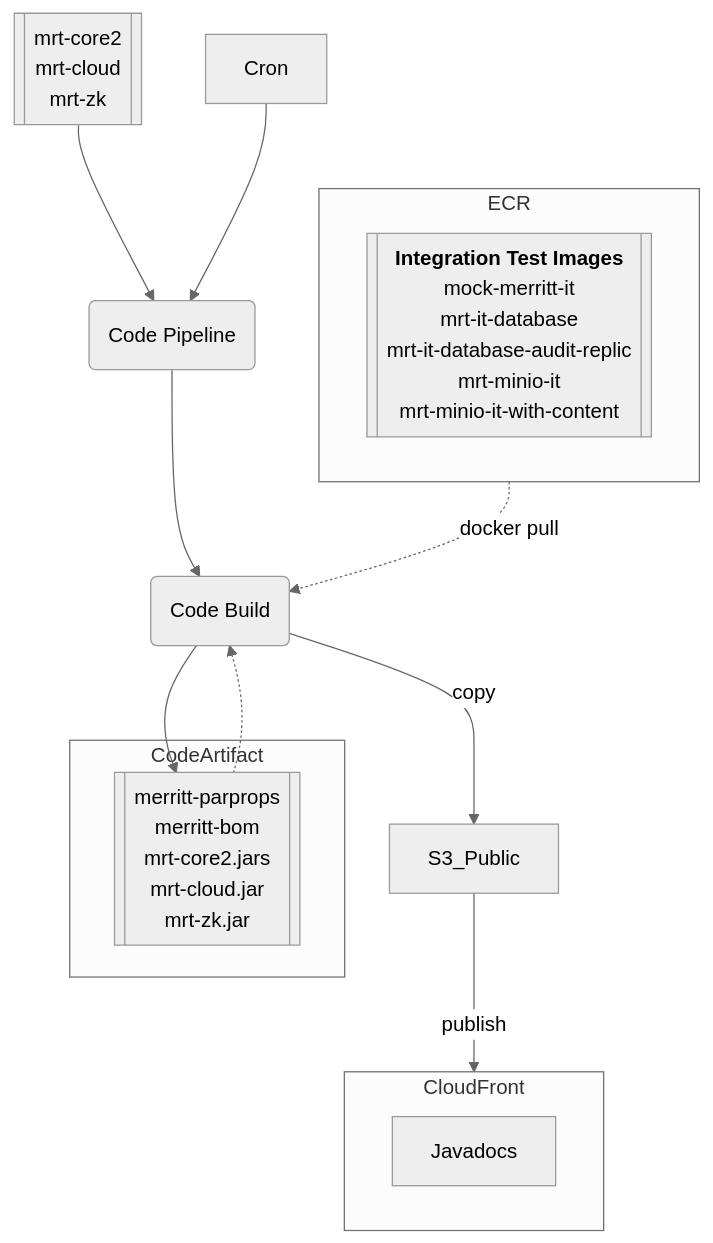
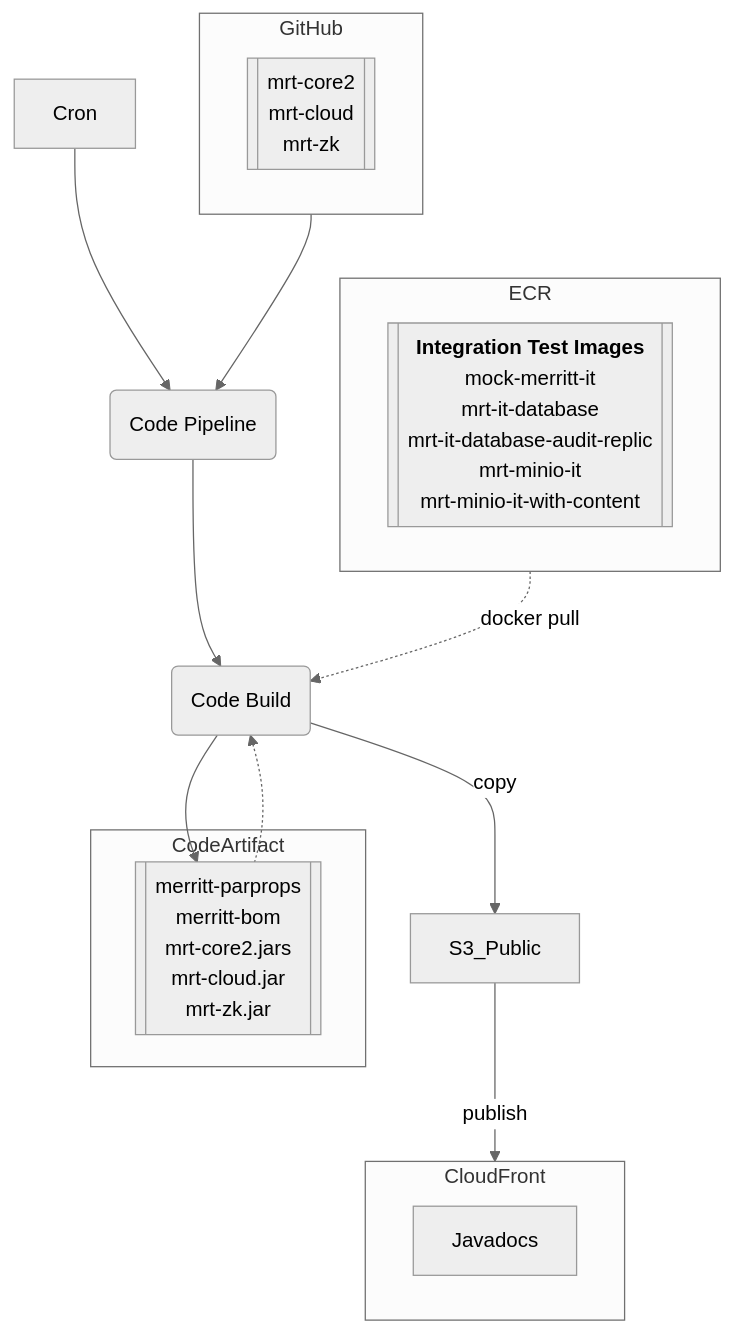
One commit to CDLUC3/mrt-doc changed the second of 11 diagrams in design/aws-build/README.md. Above: the diagram before and after it, drawn with Mermaid (neutral theme). The commit also changed other lines of this file, not shown here.

````diff
--- a/design/aws-build/README.md
+++ b/design/aws-build/README.md
@@ -62,40 +62,42 @@
 ```mermaid
 graph TD
-  GitHub[["`
-    mrt-core2
-    mrt-cloud
-    mrt-zk
-  `"]]
+  subgraph GitHub
+    Repos[["`
+      mrt-core2
+      mrt-cloud
+      mrt-zk
+    `"]]
+  end
   GitHub --> Pipeline
   Cron --> Pipeline
   Pipeline(Code Pipeline)
   Pipeline --> Build
   Build(Code Build)
   S3_Public
   Build --> JarFiles
   Build --> |copy| S3_Public
   S3_Public --> |publish| CloudFront
   subgraph ECR
     Img[["`**Integration Test Images**
       mock-merritt-it
       mrt-it-database
       mrt-it-database-audit-replic
       mrt-minio-it
       mrt-minio-it-with-content
     `"]]
   end
   ECR -.-> |docker pull| Build
   subgraph CodeArtifact
     JarFiles[["`
       merritt-parprops
       merritt-bom
       mrt-core2.jars
       mrt-cloud.jar
       mrt-zk.jar
     `"]]
   end
   JarFiles -.-> Build
   subgraph CloudFront
     Javadocs
   end
 ```
````
